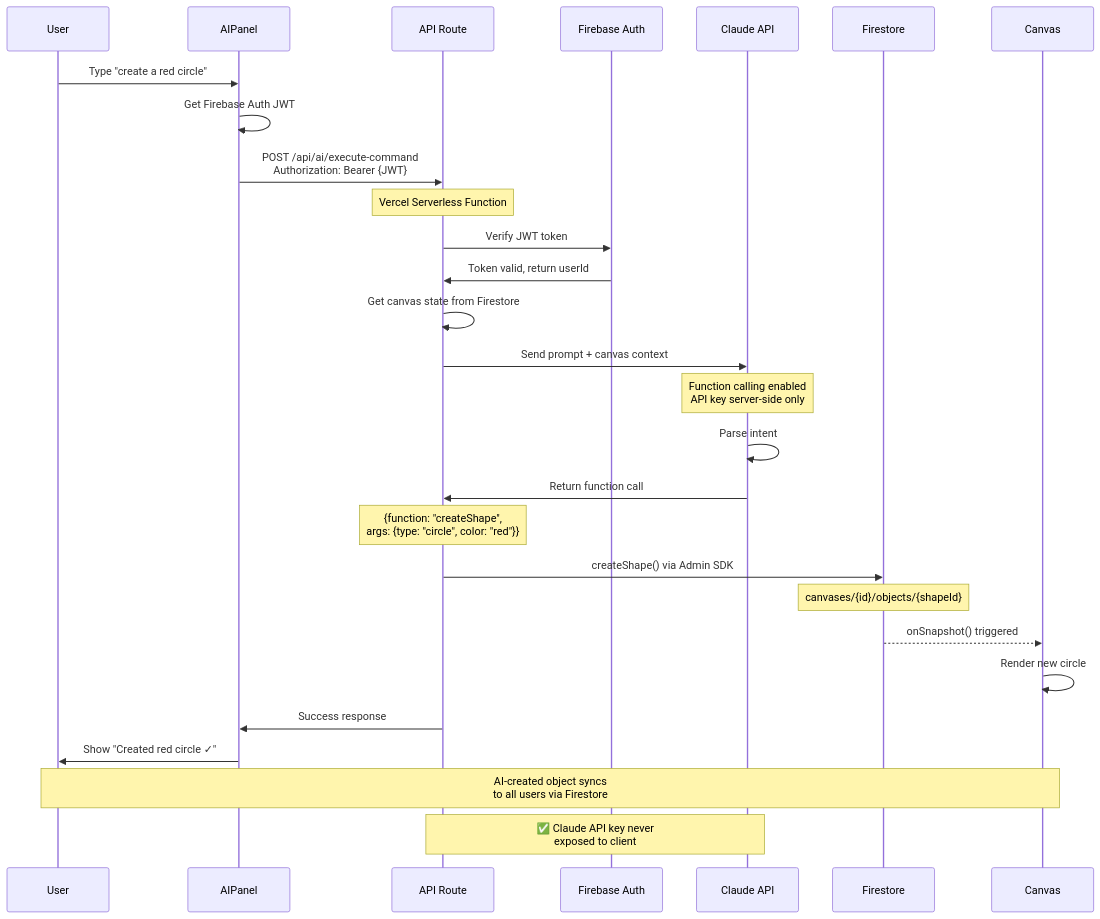
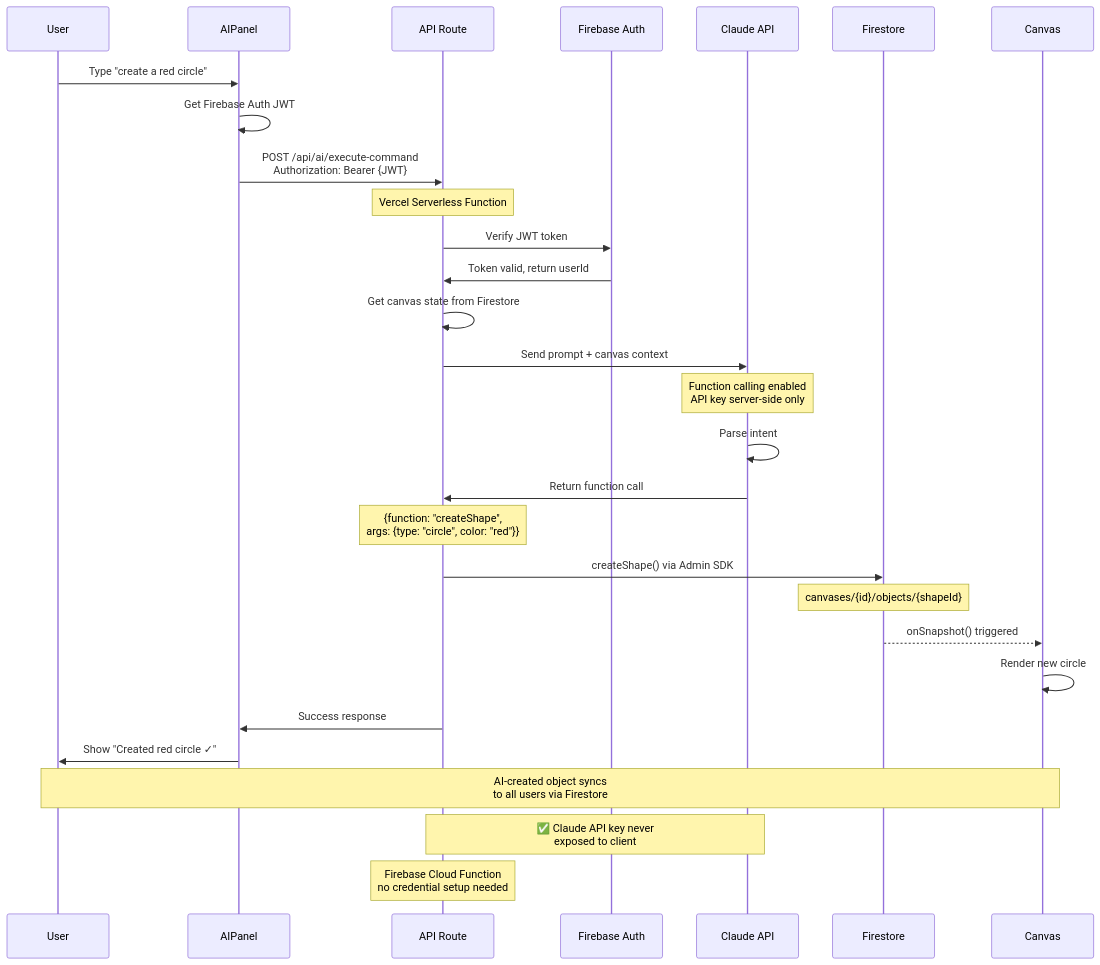
The sixth of 15 diagrams in ARCHITECTURE_DIAGRAMS.md (reena96/Canvisia), drawn with Mermaid before and after one commit. The commit also changed other lines of this file and 3 other files, not shown here.

First line of the commit message:
Switch from Vercel to Firebase Hosting + Cloud Functions

````diff
--- a/ARCHITECTURE_DIAGRAMS.md
+++ b/ARCHITECTURE_DIAGRAMS.md
@@ -228,38 +228,39 @@
 ```mermaid
 sequenceDiagram
     participant User
     participant AIPanel
     participant API Route
     participant Firebase Auth
     participant Claude API
     participant Firestore
     participant Canvas
 
     User->>AIPanel: Type "create a red circle"
     AIPanel->>AIPanel: Get Firebase Auth JWT
     AIPanel->>API Route: POST /api/ai/execute-command<br/>Authorization: Bearer {JWT}
     Note over API Route: Vercel Serverless Function
 
     API Route->>Firebase Auth: Verify JWT token
     Firebase Auth->>API Route: Token valid, return userId
 
     API Route->>API Route: Get canvas state from Firestore
     API Route->>Claude API: Send prompt + canvas context
     Note over Claude API: Function calling enabled<br/>API key server-side only
 
     Claude API->>Claude API: Parse intent
     Claude API->>API Route: Return function call
     Note over API Route: {function: "createShape",<br/>args: {type: "circle", color: "red"}}
 
     API Route->>Firestore: createShape() via Admin SDK
     Note over Firestore: canvases/{id}/objects/{shapeId}
 
     Firestore-->>Canvas: onSnapshot() triggered
     Canvas->>Canvas: Render new circle
 
     API Route->>AIPanel: Success response
     AIPanel->>User: Show "Created red circle ✓"
 
     Note over User,Canvas: AI-created object syncs<br/>to all users via Firestore
     Note over API Route,Claude API: ✅ Claude API key never<br/>exposed to client
+    Note over API Route: Firebase Cloud Function<br/>no credential setup needed
 ```
````
